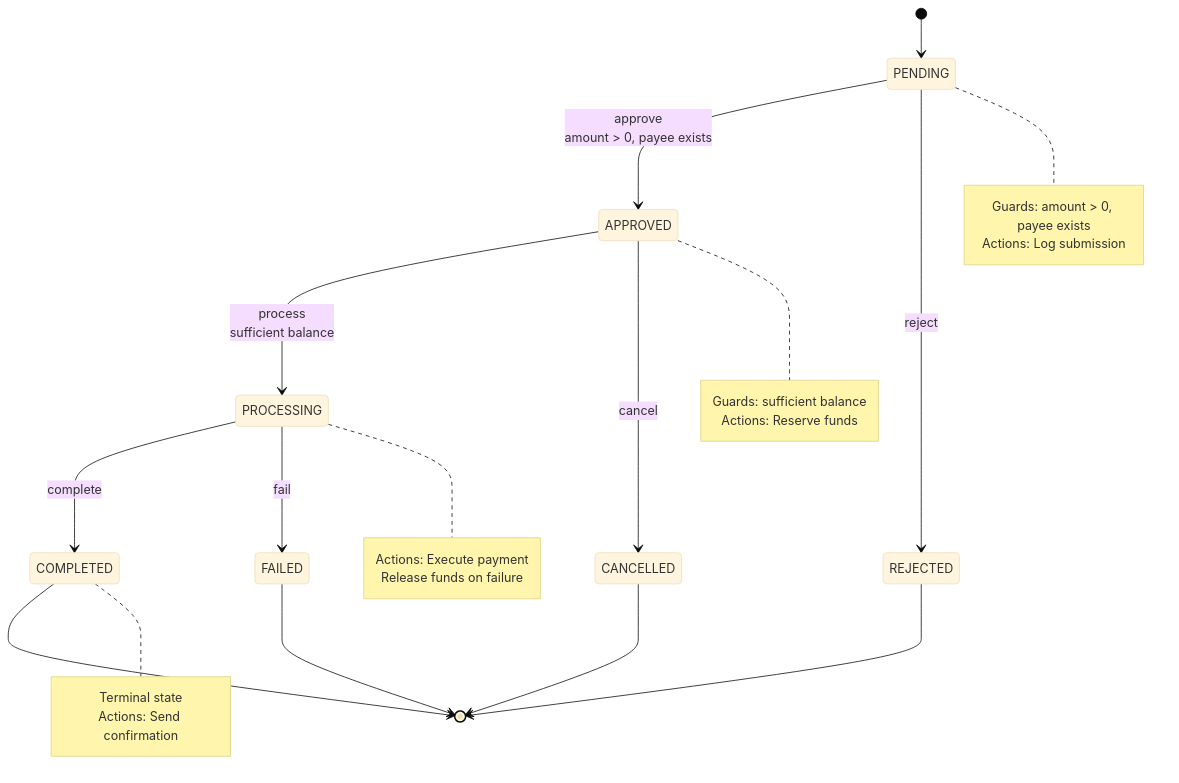
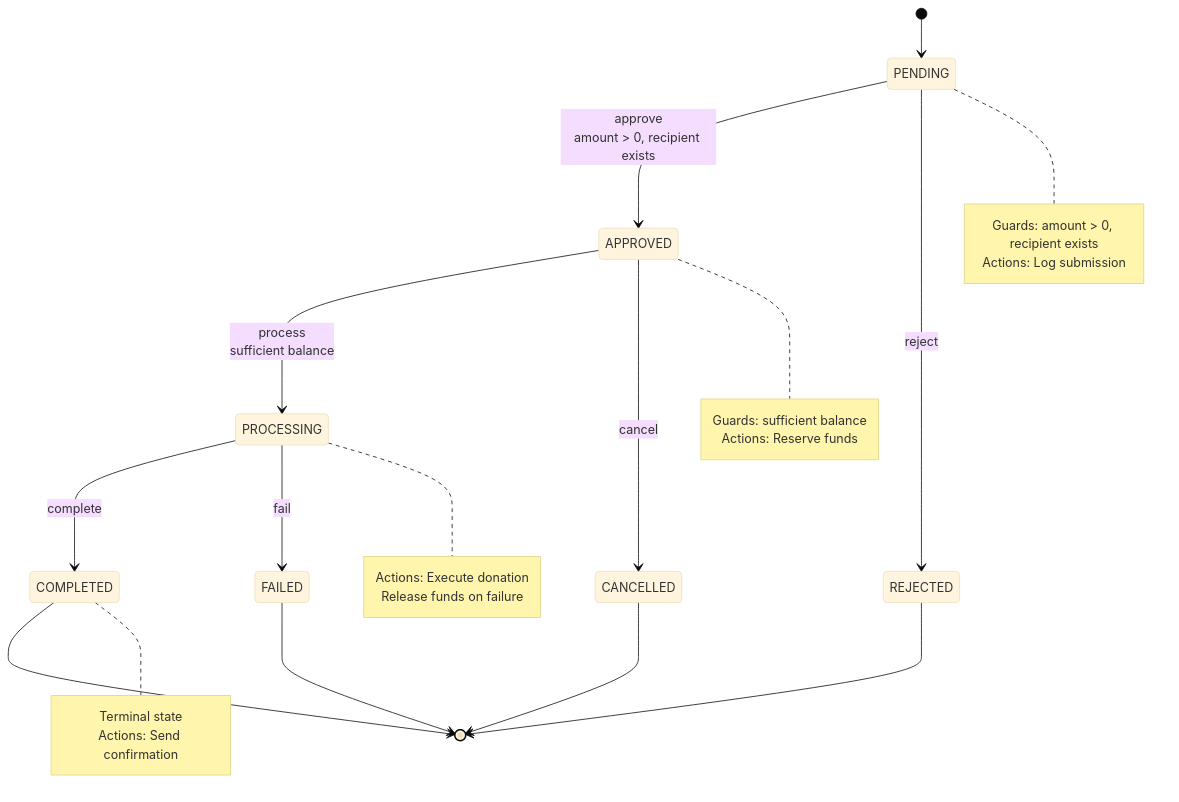
Before and after one commit to wahidyankf/open-sharia-enterprise: the sixth of 8 diagrams in docs/explanation/software/stack-lang/java/ex-so-stla-ja__finite-state-machine-fsm.md, drawn with Mermaid (base theme). The commit also changed other lines of this file and 81 other files, not shown here.

````diff
--- a/docs/explanation/software/stack-lang/java/ex-so-stla-ja__finite-state-machine-fsm.md
+++ b/docs/explanation/software/stack-lang/java/ex-so-stla-ja__finite-state-machine-fsm.md
@@ -1934,41 +1934,41 @@
 ```mermaid
 %% Color Palette: Blue #0173B2, Orange #DE8F05, Teal #029E73, Purple #CC78BC, Brown #CA9161
 %% All colors are color-blind friendly and meet WCAG AA contrast standards
 
 stateDiagram-v2
     [*] --> PENDING
 
-    PENDING --> APPROVED: approve<br/>amount > 0, payee exists
+    PENDING --> APPROVED: approve<br/>amount > 0, recipient exists
     PENDING --> REJECTED: reject
 
     APPROVED --> PROCESSING: process<br/>sufficient balance
     APPROVED --> CANCELLED: cancel
 
     PROCESSING --> COMPLETED: complete
     PROCESSING --> FAILED: fail
 
     COMPLETED --> [*]
     FAILED --> [*]
     REJECTED --> [*]
     CANCELLED --> [*]
 
     note right of PENDING
-        Guards: amount > 0, payee exists
+        Guards: amount > 0, recipient exists
         Actions: Log submission
     end note
 
     note right of APPROVED
         Guards: sufficient balance
         Actions: Reserve funds
     end note
 
     note right of PROCESSING
-        Actions: Execute payment
+        Actions: Execute donation
         Release funds on failure
     end note
 
     note right of COMPLETED
         Terminal state
         Actions: Send confirmation
     end note
 ```
````
